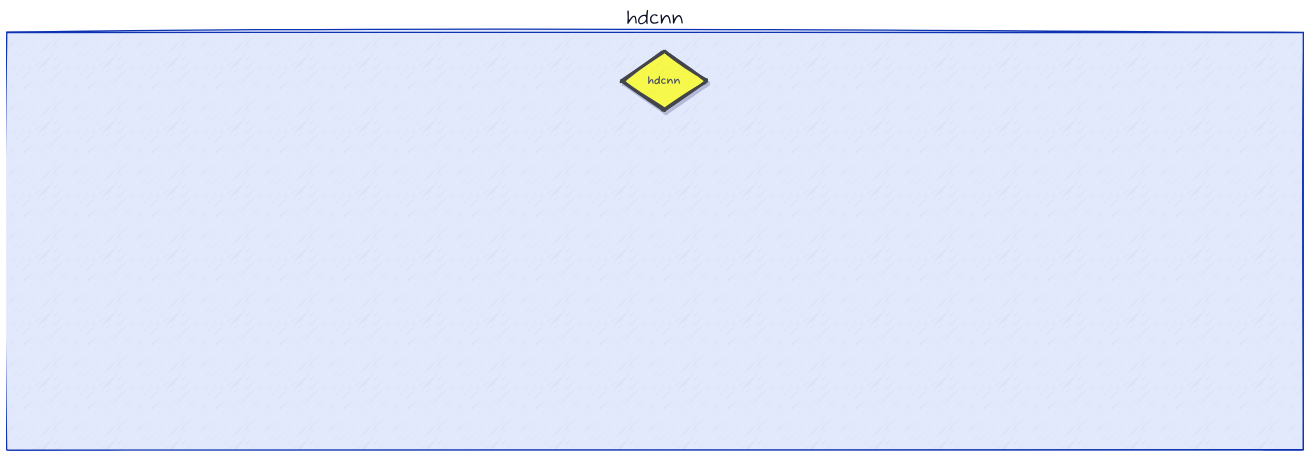
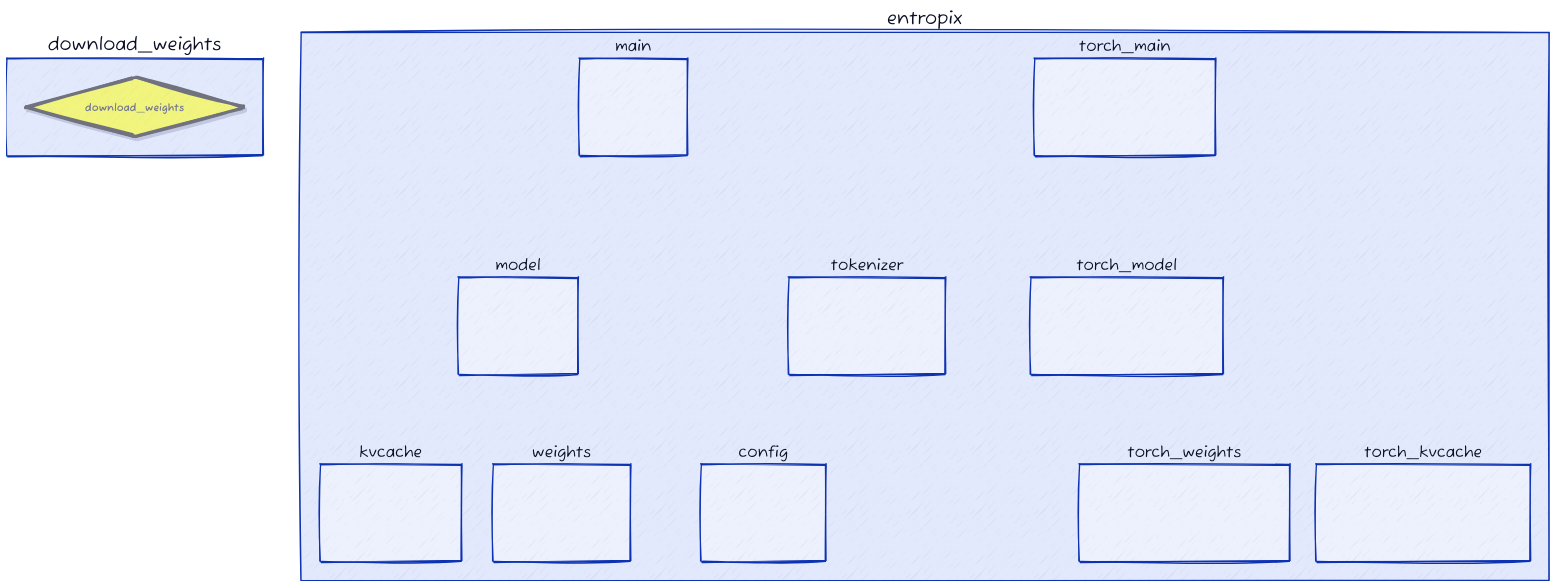
Before and after one commit to fangyuan-ksgk/heuristic-search: the diagram in eoh/d2_output/evolve_graph_2.d2, drawn with D2. The commit also changed 16 other files, not shown here.

```diff
--- a/eoh/d2_output/evolve_graph_2.d2
+++ b/eoh/d2_output/evolve_graph_2.d2
@@ -35,9 +35,19 @@
     }
   }
 }
-hdcnn.build_vocab.class: function
-hdcnn.build_vocab.label: "build_vocab"
-hdcnn.build_vocab: {
+download_weights.download_weights.class: file
+download_weights.download_weights.label: "download_weights"
+download_weights.download_weights: {
+  style: {
+    opacity: 0.50
+    stroke: "black"
+    stroke-width: 4
+    shadow: true
+  }
+}
+entropix.config.config.class: file
+entropix.config.config.label: "config"
+entropix.config.config: {
   style: {
     opacity: 0.00
     stroke: "black"
@@ -45,9 +55,9 @@
     shadow: true
   }
 }
-hdcnn.random_hv.class: function
-hdcnn.random_hv.label: "random_hv"
-hdcnn.random_hv: {
+entropix.kvcache.kvcache.class: file
+entropix.kvcache.kvcache.label: "kvcache"
+entropix.kvcache.kvcache: {
   style: {
     opacity: 0.00
     stroke: "black"
@@ -55,9 +65,9 @@
     shadow: true
   }
 }
-hdcnn.create_token_hvs.class: function
-hdcnn.create_token_hvs.label: "create_token_hvs"
-hdcnn.create_token_hvs: {
+entropix.main.main.class: file
+entropix.main.main.label: "main"
+entropix.main.main: {
   style: {
     opacity: 0.00
     stroke: "black"
@@ -65,9 +75,9 @@
     shadow: true
   }
 }
-hdcnn.bind.class: function
-hdcnn.bind.label: "bind"
-hdcnn.bind: {
+entropix.model.model.class: file
+entropix.model.model.label: "model"
+entropix.model.model: {
   style: {
     opacity: 0.00
     stroke: "black"
@@ -75,9 +85,9 @@
     shadow: true
   }
 }
-hdcnn.permute.class: function
-hdcnn.permute.label: "permute"
-hdcnn.permute: {
+entropix.tokenizer.tokenizer.class: file
+entropix.tokenizer.tokenizer.label: "tokenizer"
+entropix.tokenizer.tokenizer: {
   style: {
     opacity: 0.00
     stroke: "black"
@@ -85,19 +95,9 @@
     shadow: true
   }
 }
-hdcnn.hdcnn.class: file
-hdcnn.hdcnn.label: "hdcnn"
-hdcnn.hdcnn: {
-  style: {
-    opacity: 0.70
-    stroke: "black"
-    stroke-width: 4
-    shadow: true
-  }
-}
-hdcnn.HDCNNClassifier.class: class
-hdcnn.HDCNNClassifier.label: "HDCNNClassifier"
-hdcnn.HDCNNClassifier: {
+entropix.torch_kvcache.torch_kvcache.class: file
+entropix.torch_kvcache.torch_kvcache.label: "torch_kvcache"
+entropix.torch_kvcache.torch_kvcache: {
   style: {
     opacity: 0.00
     stroke: "black"
@@ -105,9 +105,9 @@
     shadow: true
   }
 }
-hdcnn.__len__.class: function
-hdcnn.__len__.label: "__len__"
-hdcnn.__len__: {
+entropix.torch_main.torch_main.class: file
+entropix.torch_main.torch_main.label: "torch_main"
+entropix.torch_main.torch_main: {
   style: {
     opacity: 0.00
     stroke: "black"
@@ -115,9 +115,9 @@
     shadow: true
   }
 }
-hdcnn.encode_sequence.class: function
-hdcnn.encode_sequence.label: "encode_sequence"
-hdcnn.encode_sequence: {
+entropix.torch_model.torch_model.class: file
+entropix.torch_model.torch_model.label: "torch_model"
+entropix.torch_model.torch_model: {
   style: {
     opacity: 0.00
     stroke: "black"
@@ -125,9 +125,9 @@
     shadow: true
   }
 }
-hdcnn.HDComputing.class: class
-hdcnn.HDComputing.label: "HDComputing"
-hdcnn.HDComputing: {
+entropix.torch_weights.torch_weights.class: file
+entropix.torch_weights.torch_weights.label: "torch_weights"
+entropix.torch_weights.torch_weights: {
   style: {
     opacity: 0.00
     stroke: "black"
@@ -135,9 +135,9 @@
     shadow: true
   }
 }
-hdcnn.AGNewsDataset.class: class
-hdcnn.AGNewsDataset.label: "AGNewsDataset"
-hdcnn.AGNewsDataset: {
+entropix.weights.weights.class: file
+entropix.weights.weights.label: "weights"
+entropix.weights.weights: {
   style: {
     opacity: 0.00
     stroke: "black"
@@ -145,196 +145,115 @@
     shadow: true
   }
 }
-hdcnn.__getitem__.class: function
-hdcnn.__getitem__.label: "__getitem__"
-hdcnn.__getitem__: {
-  style: {
-    opacity: 0.00
-    stroke: "black"
-    stroke-width: 4
-    shadow: true
-  }
-}
-hdcnn.forward.class: function
-hdcnn.forward.label: "forward"
-hdcnn.forward: {
-  style: {
-    opacity: 0.00
-    stroke: "black"
-    stroke-width: 4
-    shadow: true
-  }
-}
-hdcnn.main.class: function
-hdcnn.main.label: "main"
-hdcnn.main: {
-  style: {
-    opacity: 0.00
-    stroke: "black"
-    stroke-width: 4
-    shadow: true
-  }
-}
-hdcnn.superpose.class: function
-hdcnn.superpose.label: "superpose"
-hdcnn.superpose: {
-  style: {
-    opacity: 0.00
-    stroke: "black"
-    stroke-width: 4
-    shadow: true
-  }
-}
-hdcnn.hdcnn -> hdcnn.build_vocab: {
+entropix.main.main -> entropix.model.model: {
   style.stroke: red
   style.opacity: 0.00
   style.stroke-width: 2
   style.stroke-dash: 5
   style.animated: true
 }
-hdcnn.hdcnn -> hdcnn.random_hv: {
+entropix.main.main -> entropix.config.config: {
   style.stroke: red
   style.opacity: 0.00
   style.stroke-width: 2
   style.stroke-dash: 5
   style.animated: true
 }
-hdcnn.hdcnn -> hdcnn.create_token_hvs: {
+entropix.main.main -> entropix.tokenizer.tokenizer: {
   style.stroke: red
   style.opacity: 0.00
   style.stroke-width: 2
   style.stroke-dash: 5
   style.animated: true
 }
-hdcnn.hdcnn -> hdcnn.bind: {
+entropix.main.main -> entropix.weights.weights: {
   style.stroke: red
   style.opacity: 0.00
   style.stroke-width: 2
   style.stroke-dash: 5
   style.animated: true
 }
-hdcnn.hdcnn -> hdcnn.permute: {
+entropix.main.main -> entropix.kvcache.kvcache: {
   style.stroke: red
   style.opacity: 0.00
   style.stroke-width: 2
   style.stroke-dash: 5
   style.animated: true
 }
-hdcnn.hdcnn -> hdcnn.HDCNNClassifier: {
+entropix.model.model -> entropix.config.config: {
   style.stroke: red
   style.opacity: 0.00
   style.stroke-width: 2
   style.stroke-dash: 5
   style.animated: true
 }
-hdcnn.hdcnn -> hdcnn.__len__: {
+entropix.model.model -> entropix.kvcache.kvcache: {
   style.stroke: red
   style.opacity: 0.00
   style.stroke-width: 2
   style.stroke-dash: 5
   style.animated: true
 }
-hdcnn.hdcnn -> hdcnn.encode_sequence: {
+entropix.model.model -> entropix.weights.weights: {
   style.stroke: red
   style.opacity: 0.00
   style.stroke-width: 2
   style.stroke-dash: 5
   style.animated: true
 }
-hdcnn.hdcnn -> hdcnn.HDComputing: {
+entropix.torch_main.torch_main -> entropix.config.config: {
   style.stroke: red
   style.opacity: 0.00
   style.stroke-width: 2
   style.stroke-dash: 5
   style.animated: true
 }
-hdcnn.hdcnn -> hdcnn.AGNewsDataset: {
+entropix.torch_main.torch_main -> entropix.torch_model.torch_model: {
   style.stroke: red
   style.opacity: 0.00
   style.stroke-width: 2
   style.stroke-dash: 5
   style.animated: true
 }
-hdcnn.hdcnn -> hdcnn.__getitem__: {
+entropix.torch_main.torch_main -> entropix.torch_weights.torch_weights: {
   style.stroke: red
   style.opacity: 0.00
   style.stroke-width: 2
   style.stroke-dash: 5
   style.animated: true
 }
-hdcnn.hdcnn -> hdcnn.forward: {
+entropix.torch_main.torch_main -> entropix.torch_kvcache.torch_kvcache: {
   style.stroke: red
   style.opacity: 0.00
   style.stroke-width: 2
   style.stroke-dash: 5
   style.animated: true
 }
-hdcnn.hdcnn -> hdcnn.main: {
+entropix.torch_main.torch_main -> entropix.tokenizer.tokenizer: {
   style.stroke: red
   style.opacity: 0.00
   style.stroke-width: 2
   style.stroke-dash: 5
   style.animated: true
 }
-hdcnn.hdcnn -> hdcnn.superpose: {
+entropix.torch_model.torch_model -> entropix.config.config: {
   style.stroke: red
   style.opacity: 0.00
   style.stroke-width: 2
   style.stroke-dash: 5
   style.animated: true
 }
-hdcnn.HDCNNClassifier -> hdcnn.forward: {
-  style.stroke: black
+entropix.torch_model.torch_model -> entropix.torch_weights.torch_weights: {
+  style.stroke: red
   style.opacity: 0.00
   style.stroke-width: 2
+  style.stroke-dash: 5
+  style.animated: true
 }
-hdcnn.HDComputing -> hdcnn.random_hv: {
-  style.stroke: black
+entropix.torch_model.torch_model -> entropix.torch_kvcache.torch_kvcache: {
+  style.stroke: red
   style.opacity: 0.00
   style.stroke-width: 2
+  style.stroke-dash: 5
+  style.animated: true
 }
-hdcnn.HDComputing -> hdcnn.bind: {
-  style.stroke: black
-  style.opacity: 0.00
-  style.stroke-width: 2
-}
-hdcnn.HDComputing -> hdcnn.superpose: {
-  style.stroke: black
-  style.opacity: 0.00
-  style.stroke-width: 2
-}
-hdcnn.HDComputing -> hdcnn.permute: {
-  style.stroke: black
-  style.opacity: 0.00
-  style.stroke-width: 2
-}
-hdcnn.AGNewsDataset -> hdcnn.__len__: {
-  style.stroke: black
-  style.opacity: 0.00
-  style.stroke-width: 2
-}
-hdcnn.AGNewsDataset -> hdcnn.encode_sequence: {
-  style.stroke: black
-  style.opacity: 0.00
-  style.stroke-width: 2
-}
-hdcnn.AGNewsDataset -> hdcnn.__getitem__: {
-  style.stroke: black
-  style.opacity: 0.00
-  style.stroke-width: 2
-}
-hdcnn.__getitem__ -> hdcnn.encode_sequence: {
-  style.stroke: black
-  style.opacity: 0.00
-  style.stroke-width: 2
-}
-hdcnn.main -> hdcnn.build_vocab: {
-  style.stroke: black
-  style.opacity: 0.00
-  style.stroke-width: 2
-}
-hdcnn.main -> hdcnn.create_token_hvs: {
-  style.stroke: black
-  style.opacity: 0.00
-  style.stroke-width: 2
-}
```
